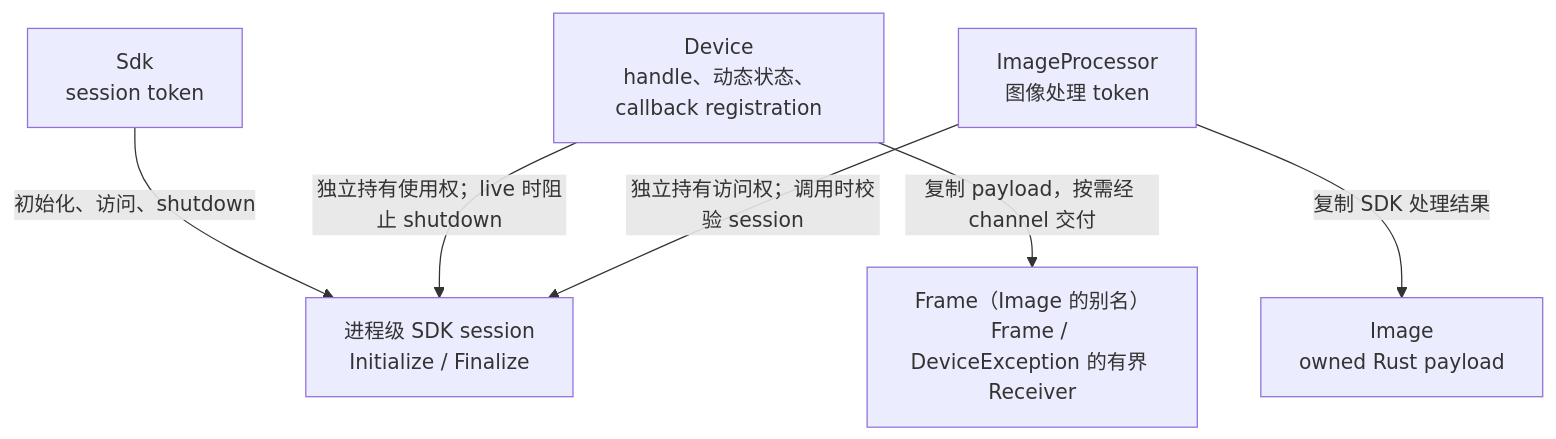
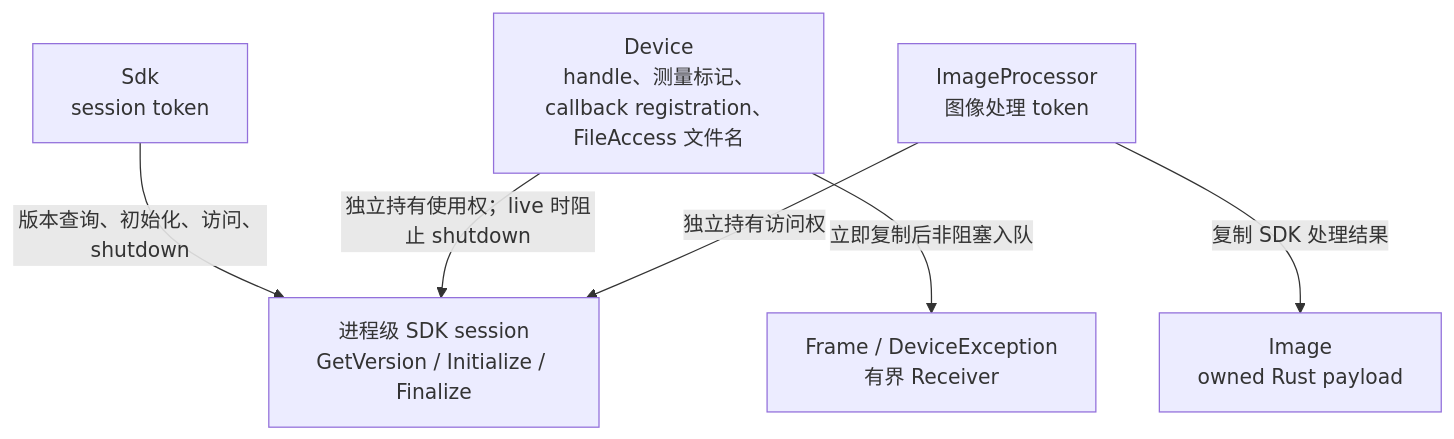
Before and after one commit to JSB-Unscarred/3dmvs-sdk-rs: the first of 3 diagrams in 生命周期与时序图.md, drawn with Mermaid. The commit also changed other lines of this file and 43 other files, not shown here.

````diff
--- a/生命周期与时序图.md
+++ b/生命周期与时序图.md
@@ -5,15 +5,15 @@
 ```mermaid
 flowchart TD
-    Session["进程级 SDK session<br/>Initialize / Finalize"]
+    Session["进程级 SDK session<br/>GetVersion / Initialize / Finalize"]
     SDK["Sdk<br/>session token"]
-    Device["Device<br/>handle、动态状态、callback registration"]
+    Device["Device<br/>handle、测量标记、callback registration、FileAccess 文件名"]
     Processor["ImageProcessor<br/>图像处理 token"]
-    Acquisition["Frame（Image 的别名）<br/>Frame / DeviceException 的有界 Receiver"]
-    Processed["Image<br/>owned Rust payload"]
+    Receivers["Frame / DeviceException<br/>有界 Receiver"]
+    Images["Image<br/>owned Rust payload"]
 
-    SDK -->|初始化、访问、shutdown| Session
+    SDK -->|版本查询、初始化、访问、shutdown| Session
     Device -->|独立持有使用权；live 时阻止 shutdown| Session
-    Processor -->|独立持有访问权；调用时校验 session| Session
-    Device -->|复制 payload，按需经 channel 交付| Acquisition
-    Processor -->|复制 SDK 处理结果| Processed
+    Processor -->|独立持有访问权| Session
+    Device -->|立即复制后非阻塞入队| Receivers
+    Processor -->|复制 SDK 处理结果| Images
 ```
````
